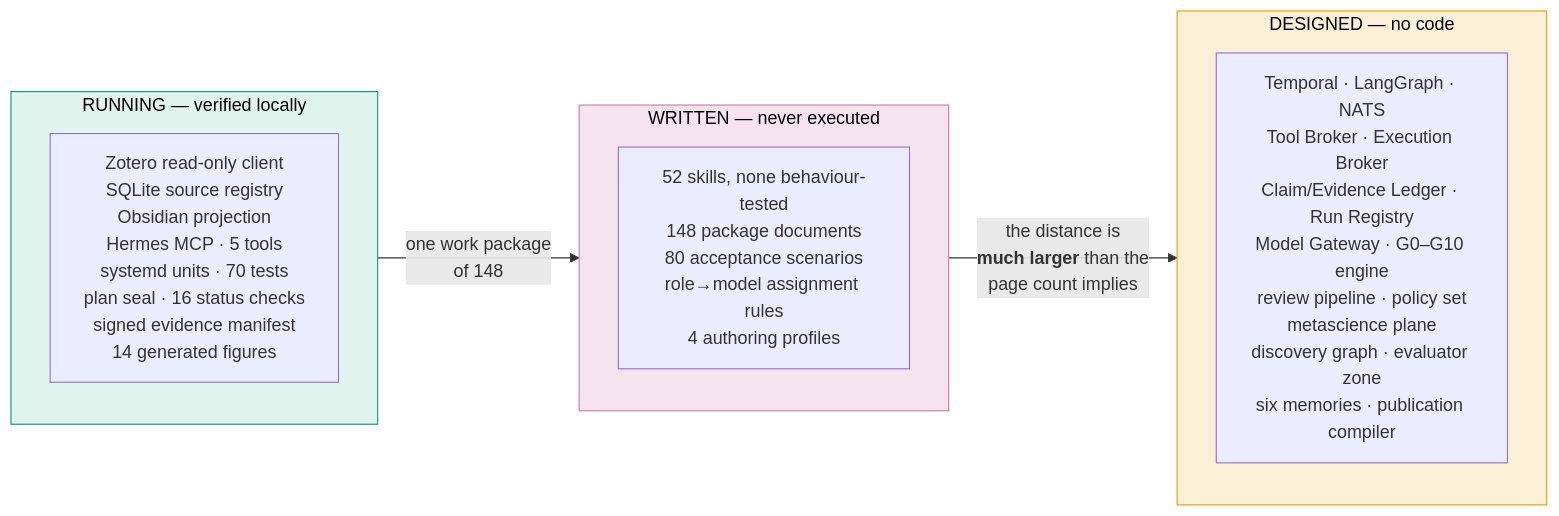
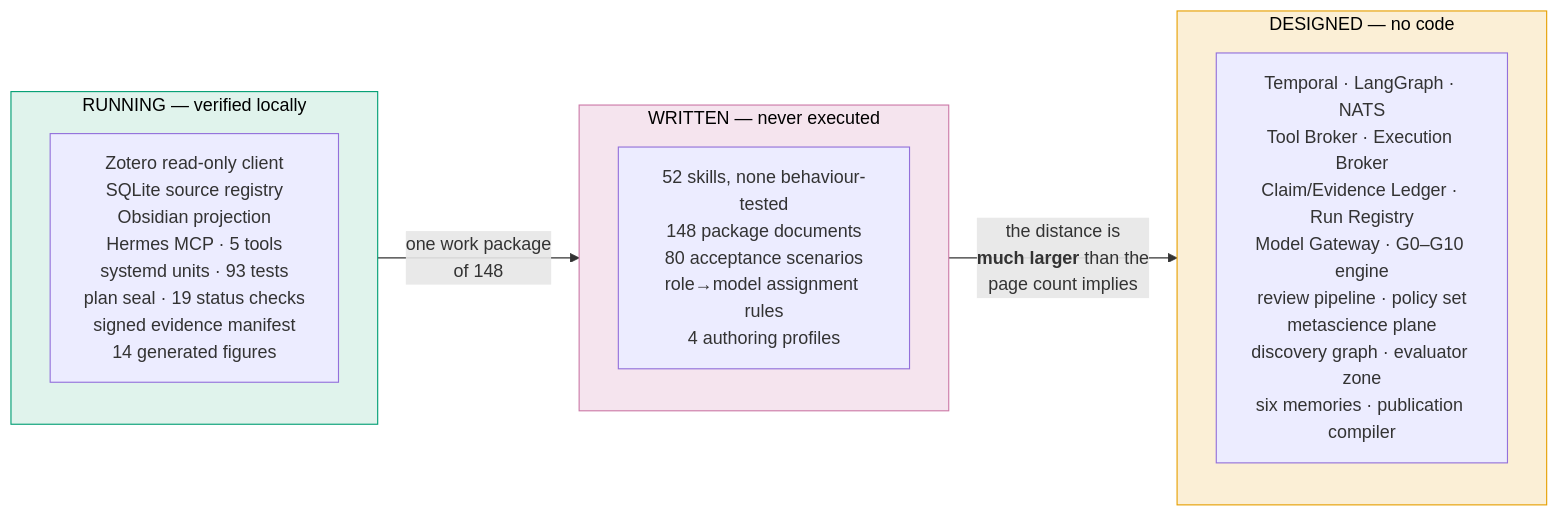
Before and after one commit to furkanhanilci/AETHRION: diagram 23 of 24 in docs/architecture/AETHRION_ARCHITECTURE.md, drawn with Mermaid. The commit also changed 619 other files, not shown here.

````diff
--- a/docs/architecture/AETHRION_ARCHITECTURE.md
+++ b/docs/architecture/AETHRION_ARCHITECTURE.md
@@ -976,17 +976,17 @@
 ```mermaid
 flowchart LR
     subgraph WORKING["RUNNING — verified locally"]
-        W["Zotero read-only client<br/>SQLite source registry<br/>Obsidian projection<br/>Hermes MCP · 5 tools<br/>systemd units · 70 tests<br/>plan seal · 16 status checks<br/>signed evidence manifest<br/>14 generated figures"]
+        W["Zotero read-only client<br/>SQLite source registry<br/>Obsidian projection<br/>Hermes MCP · 5 tools<br/>systemd units · 93 tests<br/>plan seal · 19 status checks<br/>signed evidence manifest<br/>14 generated figures"]
     end
     subgraph WRITTEN["WRITTEN — never executed"]
         S["52 skills, none behaviour-tested<br/>148 package documents<br/>80 acceptance scenarios<br/>role→model assignment rules<br/>4 authoring profiles"]
     end
     subgraph DESIGNED["DESIGNED — no code"]
         D["Temporal · LangGraph · NATS<br/>Tool Broker · Execution Broker<br/>Claim/Evidence Ledger · Run Registry<br/>Model Gateway · G0–G10 engine<br/>review pipeline · policy set<br/>metascience plane<br/>discovery graph · evaluator zone<br/>six memories · publication compiler"]
     end
     WORKING -->|"one work package<br/>of 148"| WRITTEN
     WRITTEN -->|"the distance is<br/><b>much larger</b> than the<br/>page count implies"| DESIGNED
     style WORKING fill:#E0F3EC,stroke:#009E73,color:#000
     style WRITTEN fill:#F5E4EE,stroke:#CC79A7,color:#000
     style DESIGNED fill:#FBEFD6,stroke:#E69F00,color:#000
 ```
````
